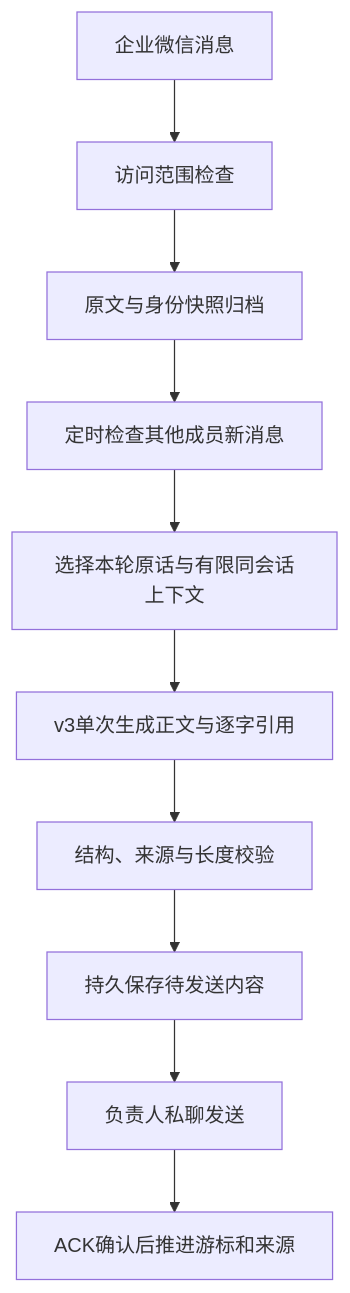
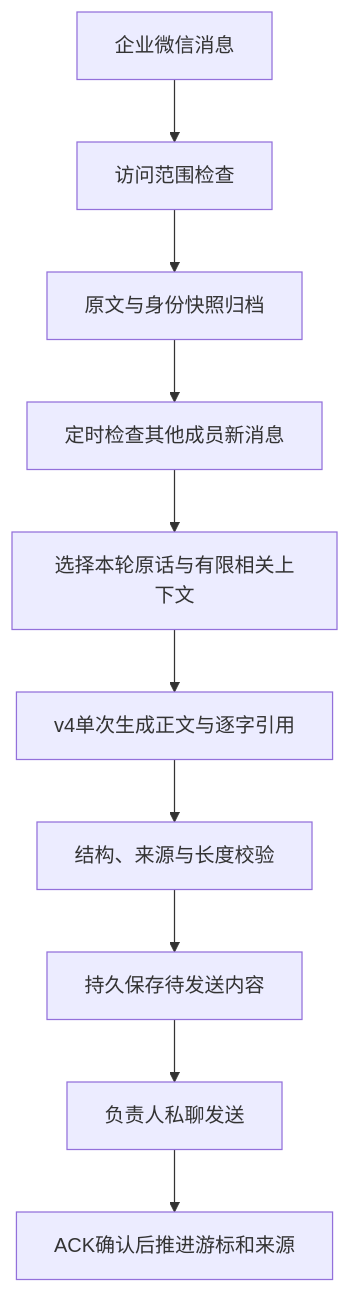
One commit to lao-boop/ojj-qq-agent changed the diagram in docs/ARCHITECTURE.md. Above: the diagram before and after it, drawn with Mermaid. The commit also changed other lines of this file and 28 other files, not shown here.

````diff
--- a/docs/ARCHITECTURE.md
+++ b/docs/ARCHITECTURE.md
@@ -5,12 +5,12 @@
 ```mermaid
 flowchart TD
     A[企业微信消息] --> B[访问范围检查]
     B --> C[原文与身份快照归档]
     C --> D[定时检查其他成员新消息]
-    D --> E[选择本轮原话与有限同会话上下文]
-    E --> F[v3单次生成正文与逐字引用]
+    D --> E[选择本轮原话与有限相关上下文]
+    E --> F[v4单次生成正文与逐字引用]
     F --> G[结构、来源与长度校验]
     G --> H[持久保存待发送内容]
     H --> I[负责人私聊发送]
     I --> J[ACK确认后推进游标和来源]
 ```
````
